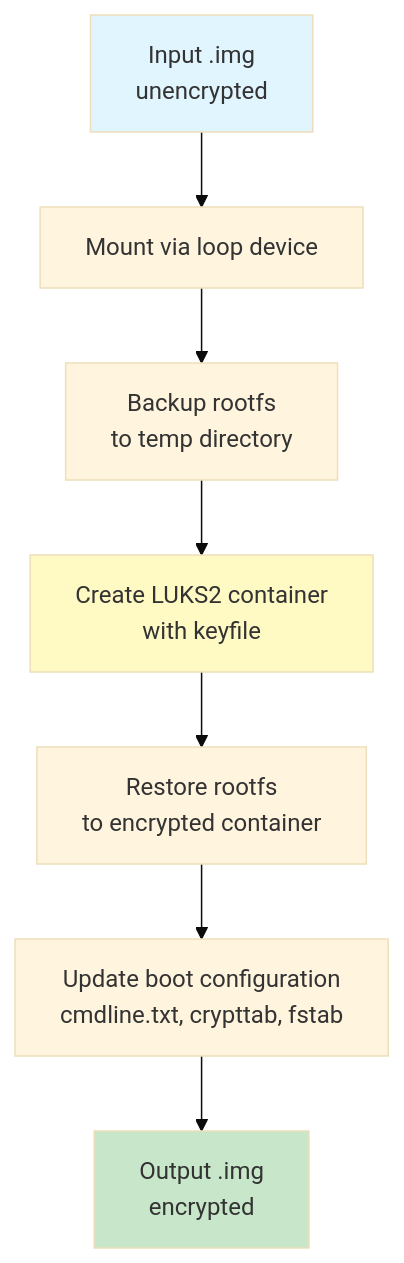
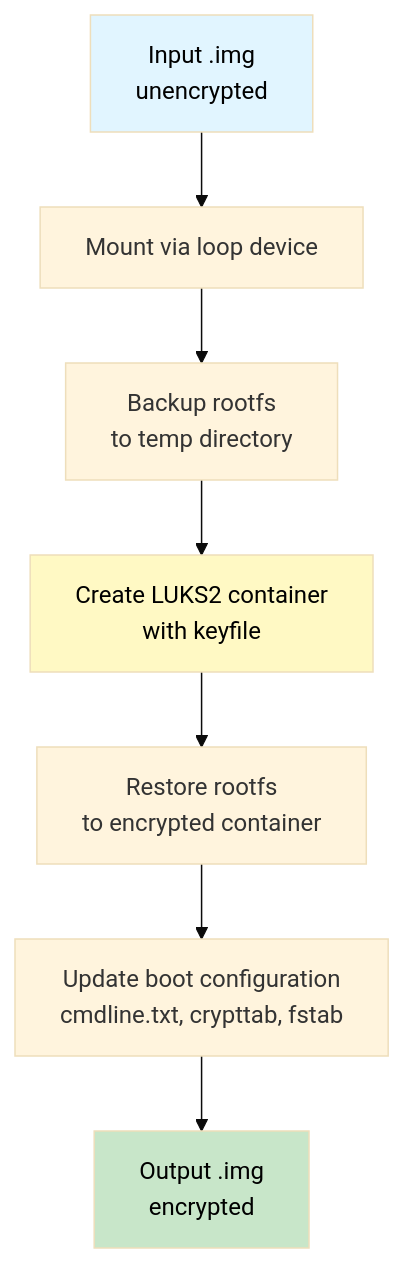
The second of 3 diagrams in README.md (Tenshi18/raspberrypi-buildroot-luks), drawn with Mermaid (base theme) before and after one commit. The commit also changed other lines of this file, not shown here.

Commit message:
README.md: Fix colors in UML diagrams

````diff
--- a/README.md
+++ b/README.md
@@ -192,13 +192,13 @@
 ```mermaid
 flowchart TD
     A[Input .img<br/>unencrypted] --> B[Mount via loop device]
     B --> C[Backup rootfs<br/>to temp directory]
     C --> D[Create LUKS2 container<br/>with keyfile]
     D --> E[Restore rootfs<br/>to encrypted container]
     E --> F[Update boot configuration<br/>cmdline.txt, crypttab, fstab]
     F --> G[Output .img<br/>encrypted]
     
-    style A fill:#e1f5ff
-    style G fill:#c8e6c9
-    style D fill:#fff9c4
+    style A fill:#e1f5ff,color:#000
+    style G fill:#c8e6c9,color:#000
+    style D fill:#fff9c4,color:#000
 ```
````
